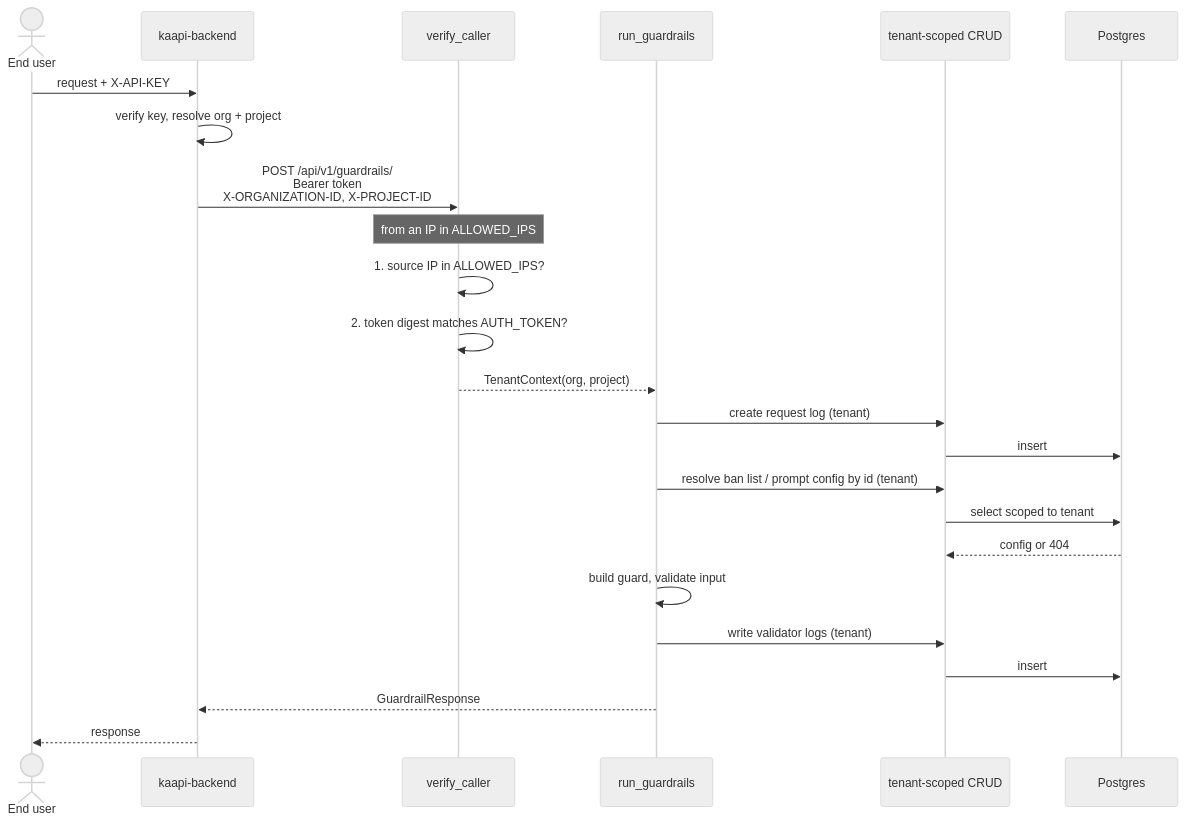
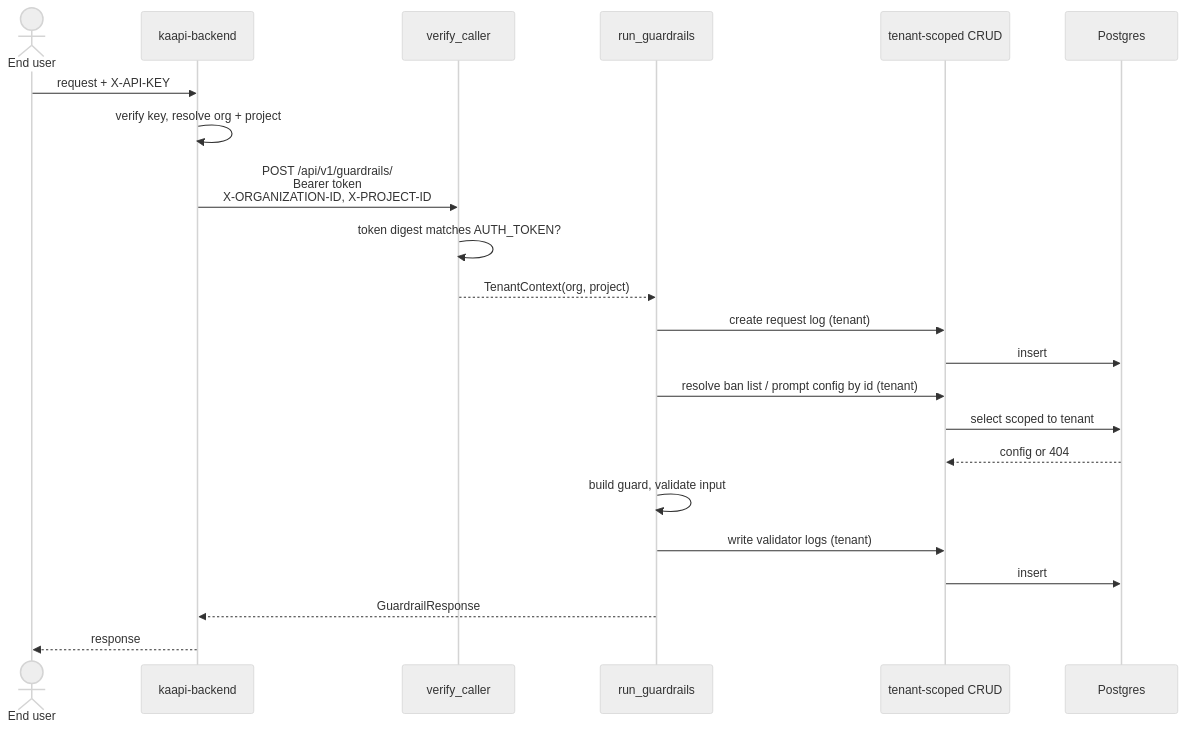
One commit to ProjectTech4DevAI/kaapi-guardrails changed the first of 2 diagrams in docs/auth-authz-spec.md. Above: the diagram before and after it, drawn with Mermaid (neutral theme). The commit also changed other lines of this file and 12 other files, not shown here.

````diff
--- a/docs/auth-authz-spec.md
+++ b/docs/auth-authz-spec.md
@@ -53,33 +53,31 @@
 ```mermaid
 sequenceDiagram
     actor User as End user
     participant KB as kaapi-backend
     participant Dep as verify_caller
     participant Route as run_guardrails
     participant CRUD as tenant-scoped CRUD
     participant DB as Postgres
 
     User->>KB: request + X-API-KEY
     KB->>KB: verify key, resolve org + project
 
     KB->>Dep: POST /api/v1/guardrails/<br/>Bearer token<br/>X-ORGANIZATION-ID, X-PROJECT-ID
-    Note over Dep: from an IP in ALLOWED_IPS
 
-    Dep->>Dep: 1. source IP in ALLOWED_IPS?
-    Dep->>Dep: 2. token digest matches AUTH_TOKEN?
+    Dep->>Dep: token digest matches AUTH_TOKEN?
     Dep-->>Route: TenantContext(org, project)
 
     Route->>CRUD: create request log (tenant)
     CRUD->>DB: insert
 
     Route->>CRUD: resolve ban list / prompt config by id (tenant)
     CRUD->>DB: select scoped to tenant
     DB-->>CRUD: config or 404
 
     Route->>Route: build guard, validate input
     Route->>CRUD: write validator logs (tenant)
     CRUD->>DB: insert
 
     Route-->>KB: GuardrailResponse
     KB-->>User: response
 ```
````
